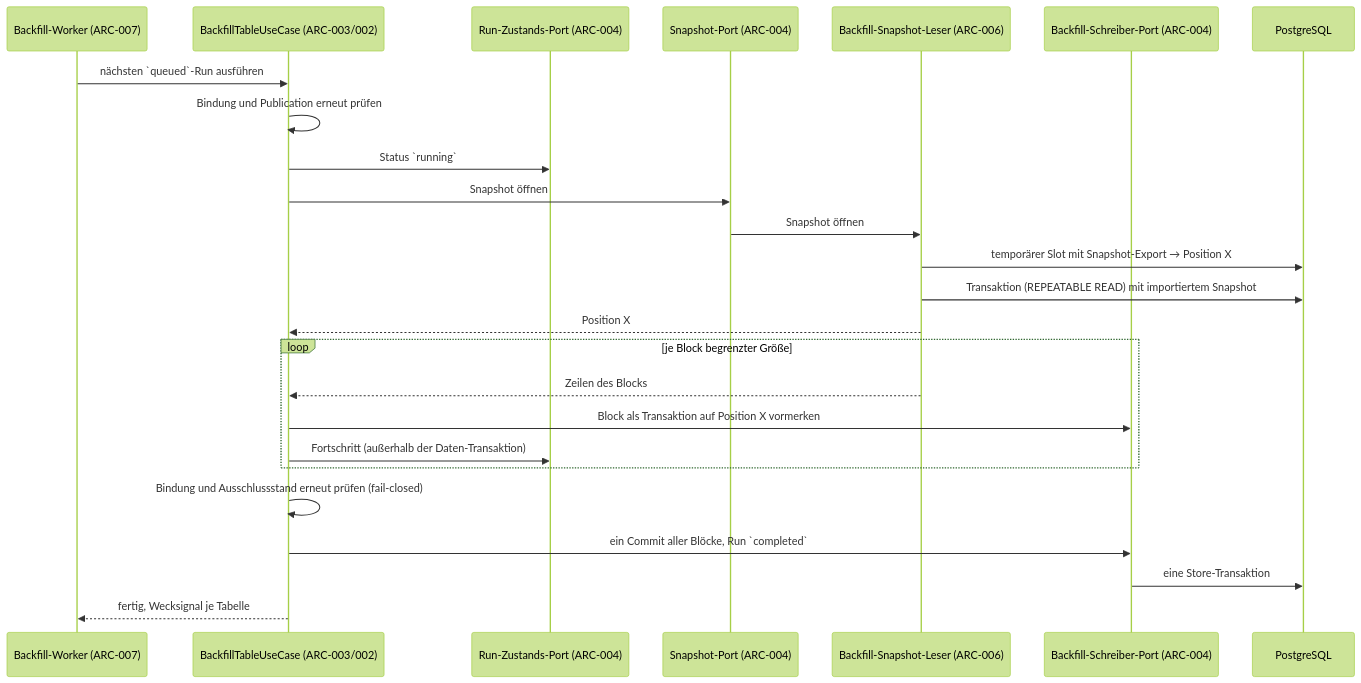
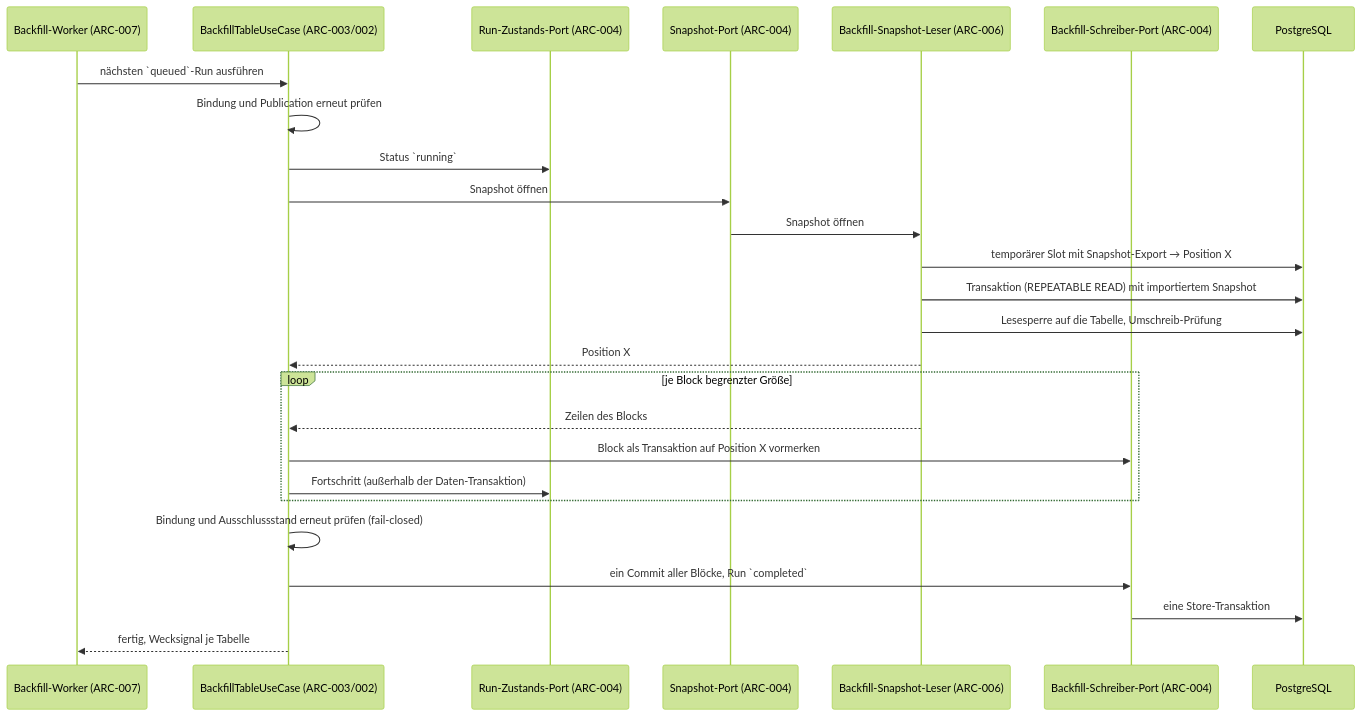
One commit to pt9912/pg-change-feed changed the ninth of 9 diagrams in spec/architecture.md. Above: the diagram before and after it, drawn with Mermaid (forest theme). The commit also changed other lines of this file and 5 other files, not shown here.

First line of the commit message:
docs: Wirkung der Tabellensperre vollständig, Sicht trägt Lesesperre und Umschreib-Prüfung, Plan-Nachzug der Fixrunde (LH-FA-CAP-009, ADR-0118)

````diff
--- a/spec/architecture.md
+++ b/spec/architecture.md
@@ -313,28 +313,29 @@
 ```mermaid
 sequenceDiagram
     participant W as Backfill-Worker (ARC-007)
     participant BUC as BackfillTableUseCase (ARC-003/002)
     participant RZP as Run-Zustands-Port (ARC-004)
     participant SP as Snapshot-Port (ARC-004)
     participant SA as Backfill-Snapshot-Leser (ARC-006)
     participant BW as Backfill-Schreiber-Port (ARC-004)
     participant PG as PostgreSQL
 
     W->>BUC: nächsten `queued`-Run ausführen
     BUC->>BUC: Bindung und Publication erneut prüfen
     BUC->>RZP: Status `running`
     BUC->>SP: Snapshot öffnen
     SP->>SA: Snapshot öffnen
     SA->>PG: temporärer Slot mit Snapshot-Export → Position X
     SA->>PG: Transaktion (REPEATABLE READ) mit importiertem Snapshot
+    SA->>PG: Lesesperre auf die Tabelle, Umschreib-Prüfung
     SA-->>BUC: Position X
     loop je Block begrenzter Größe
         SA-->>BUC: Zeilen des Blocks
         BUC->>BW: Block als Transaktion auf Position X vormerken
         BUC->>RZP: Fortschritt (außerhalb der Daten-Transaktion)
     end
     BUC->>BUC: Bindung und Ausschlussstand erneut prüfen (fail-closed)
     BUC->>BW: ein Commit aller Blöcke, Run `completed`
     BW->>PG: eine Store-Transaktion
     BUC-->>W: fertig, Wecksignal je Tabelle
 ```
````
